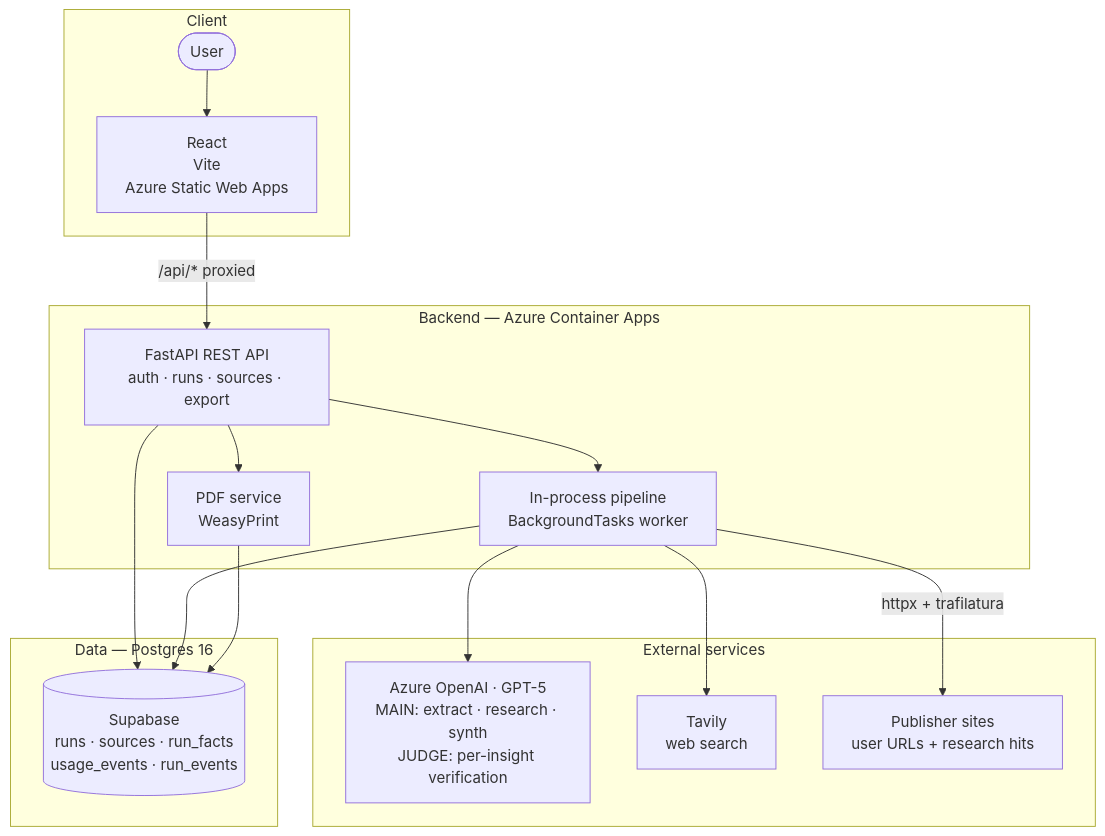
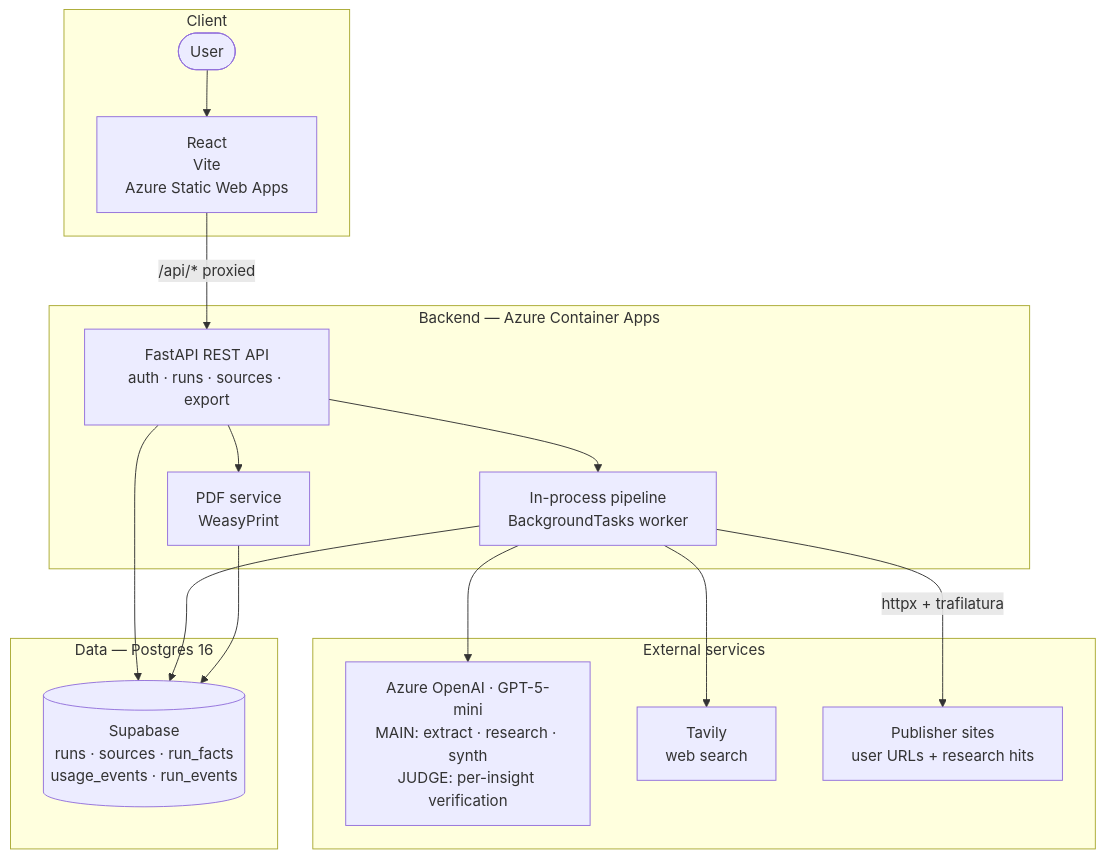
One commit to sriramnarendran/market-research-assistant changed the first of 3 diagrams in docs/design.md. Above: the diagram before and after it, drawn with Mermaid. The commit also changed other lines of this file and 2 other files, not shown here.

````diff
--- a/docs/design.md
+++ b/docs/design.md
@@ -16,34 +16,34 @@
 ```mermaid
 flowchart TB
     subgraph Client["Client"]
         User([User])
         SPA["React<br/>Vite<br/>Azure Static Web Apps"]
     end
 
     subgraph Backend["Backend — Azure Container Apps"]
         API["FastAPI REST API<br/>auth · runs · sources · export"]
         Pipeline["In-process pipeline<br/>BackgroundTasks worker"]
         PDF["PDF service<br/>WeasyPrint"]
     end
 
     subgraph External["External services"]
-        AOAI["Azure OpenAI · GPT-5<br/>MAIN: extract · research · synth<br/>JUDGE: per-insight verification"]
+        AOAI["Azure OpenAI · GPT-5-mini<br/>MAIN: extract · research · synth<br/>JUDGE: per-insight verification"]
         Tavily["Tavily<br/>web search"]
         Web["Publisher sites<br/>user URLs + research hits"]
     end
 
     subgraph Data["Data — Postgres 16"]
         DB[("Supabase<br/>runs · sources · run_facts<br/>usage_events · run_events")]
     end
 
     User --> SPA
     SPA -->|"/api/* proxied"| API
     API --> Pipeline
     API --> PDF
     API --> DB
     Pipeline --> DB
     Pipeline --> AOAI
     Pipeline --> Tavily
     Pipeline -->|httpx + trafilatura| Web
     PDF --> DB
 ```
````
